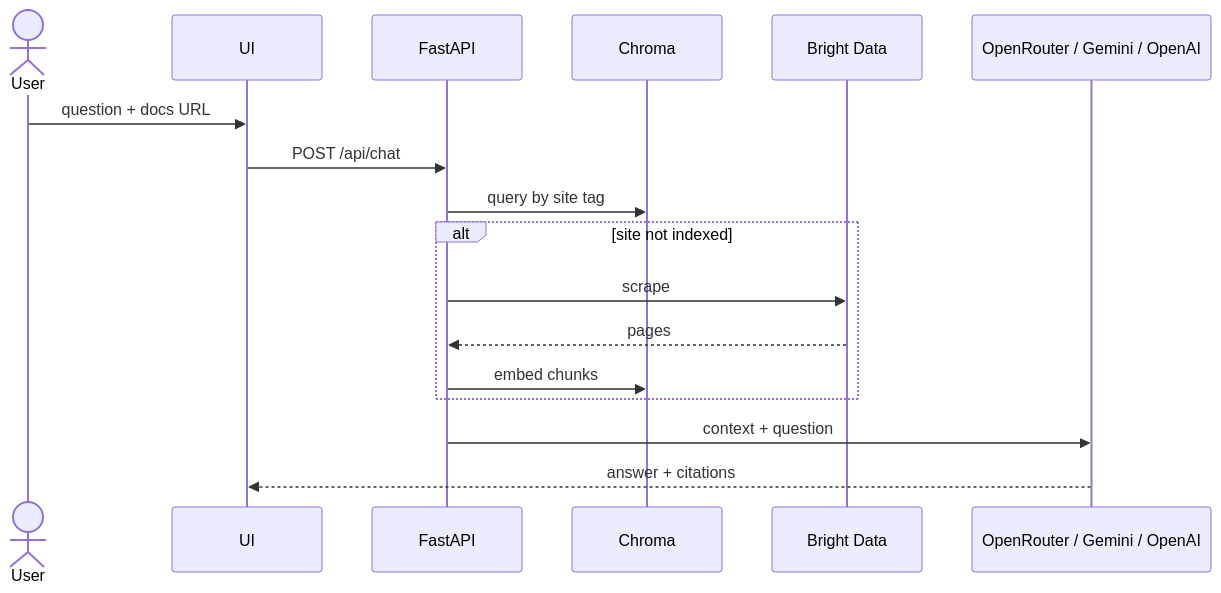
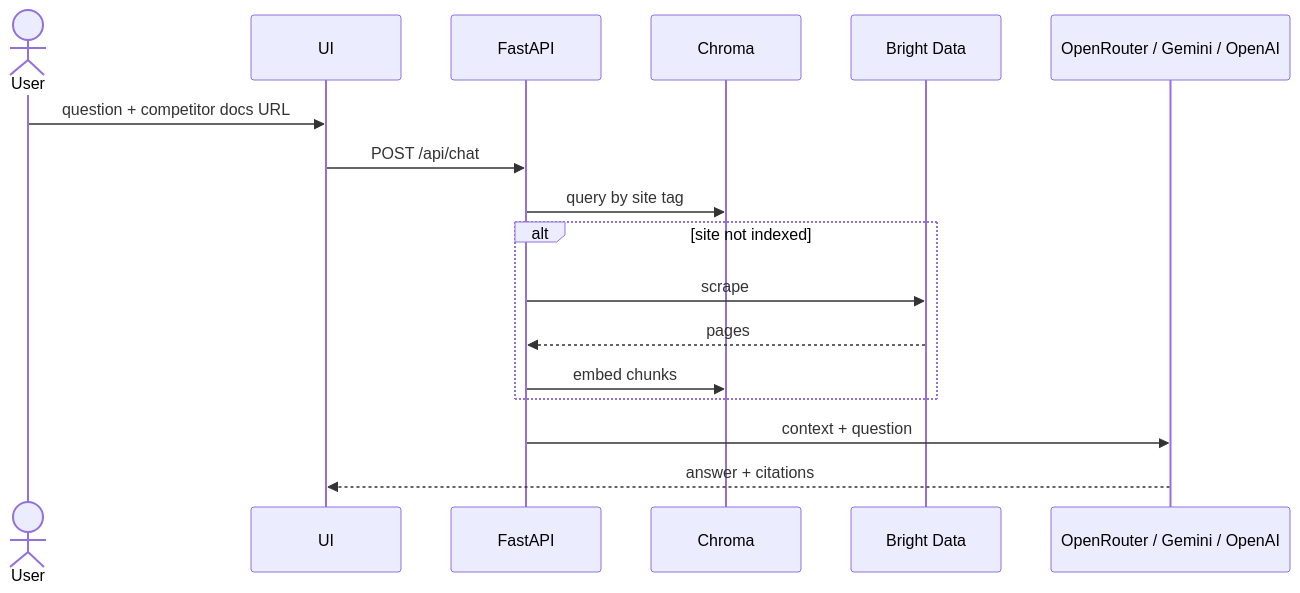
One commit to PARZIVAL7498/Web-Scraper-Self-Healing changed the fourth of 6 diagrams in README.md. Above: the diagram before and after it, drawn with Mermaid. The commit also changed other lines of this file and 3 other files, not shown here.

````diff
--- a/README.md
+++ b/README.md
@@ -174,20 +197,20 @@
 ```mermaid
 sequenceDiagram
   actor User
   participant UI
   participant API as FastAPI
   participant Chroma
   participant Studio as Bright Data
   participant LLM as OpenRouter / Gemini / OpenAI
 
-  User->>UI: question + docs URL
+  User->>UI: question + competitor docs URL
   UI->>API: POST /api/chat
   API->>Chroma: query by site tag
   alt site not indexed
     API->>Studio: scrape
     Studio-->>API: pages
     API->>Chroma: embed chunks
   end
   API->>LLM: context + question
   LLM-->>UI: answer + citations
 ```
````
